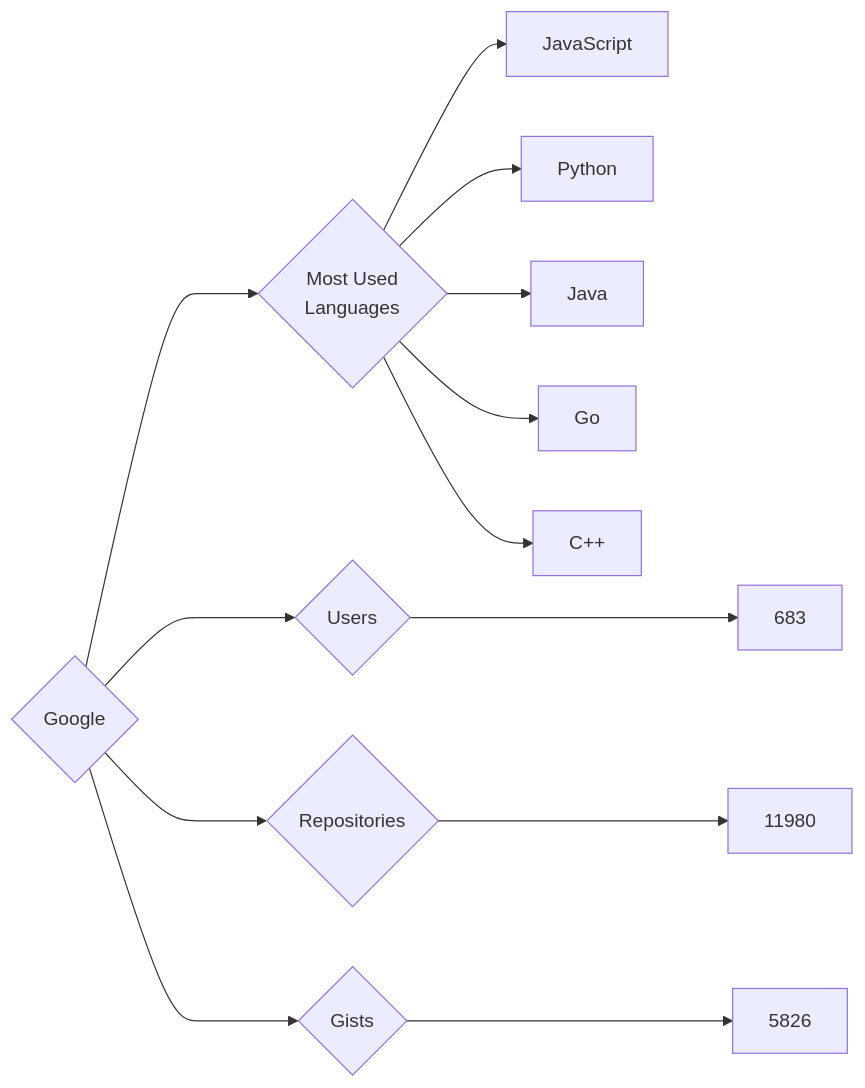
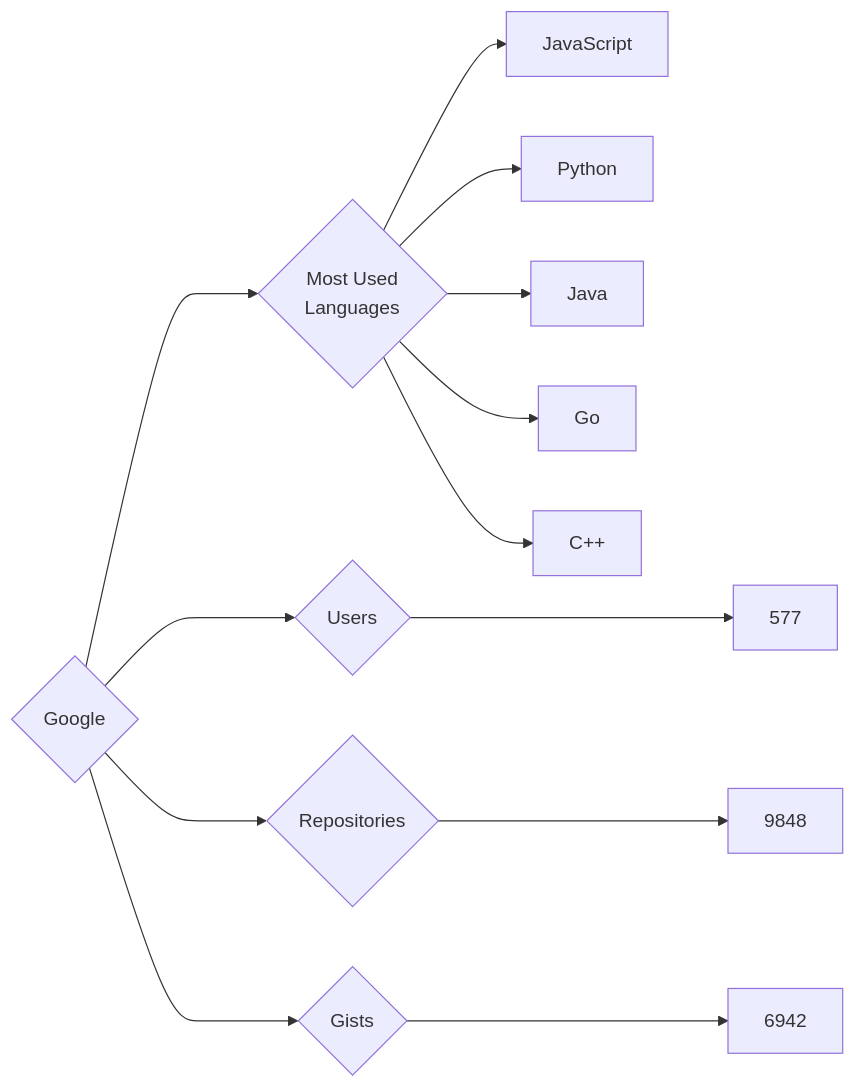
One commit to trickest/insiders changed the diagram in targets/Google/README.md. Above: the diagram before and after it, drawn with Mermaid. The commit also changed 772 other files, not shown here.

````diff
--- a/targets/Google/README.md
+++ b/targets/Google/README.md
@@ -3,13 +3,13 @@
 ```mermaid
 graph LR
 COMPANY_NAME{Google}
-COMPANY_NAME ---> U{Users} ---> UN[683]
-COMPANY_NAME ---> R{Repositories} ---> RN[11980]
-COMPANY_NAME ---> G{Gists} ---> GN[5826]
+COMPANY_NAME ---> U{Users} ---> UN[577]
+COMPANY_NAME ---> R{Repositories} ---> RN[9848]
+COMPANY_NAME ---> G{Gists} ---> GN[6942]
 COMPANY_NAME ---> ML{Most Used<br>Languages}
 ML --> JavaScript[JavaScript]
 ML --> Python[Python]
 ML --> Java[Java]
 ML --> Go[Go]
 ML --> C++[C++]
 ```
````
